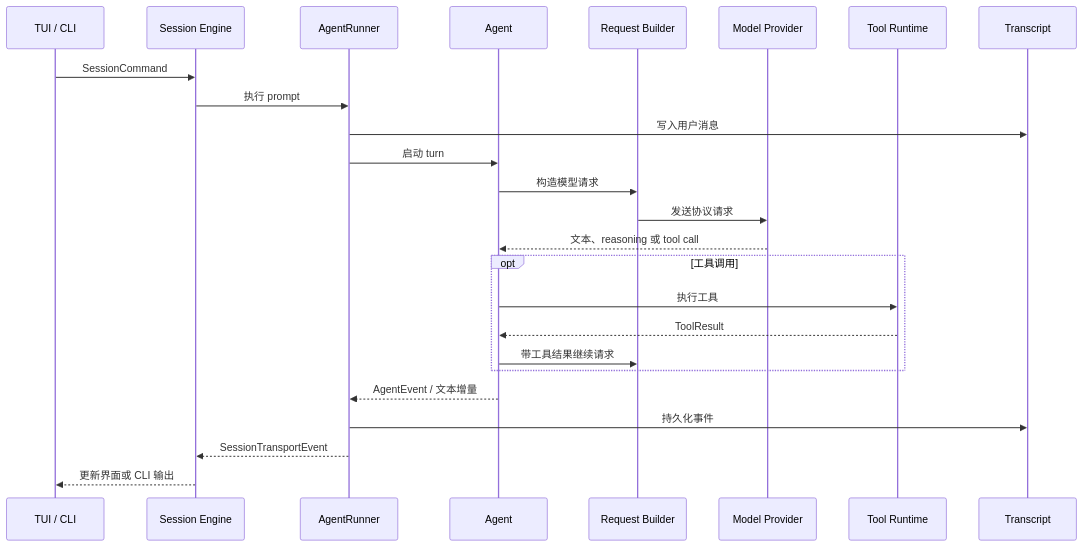
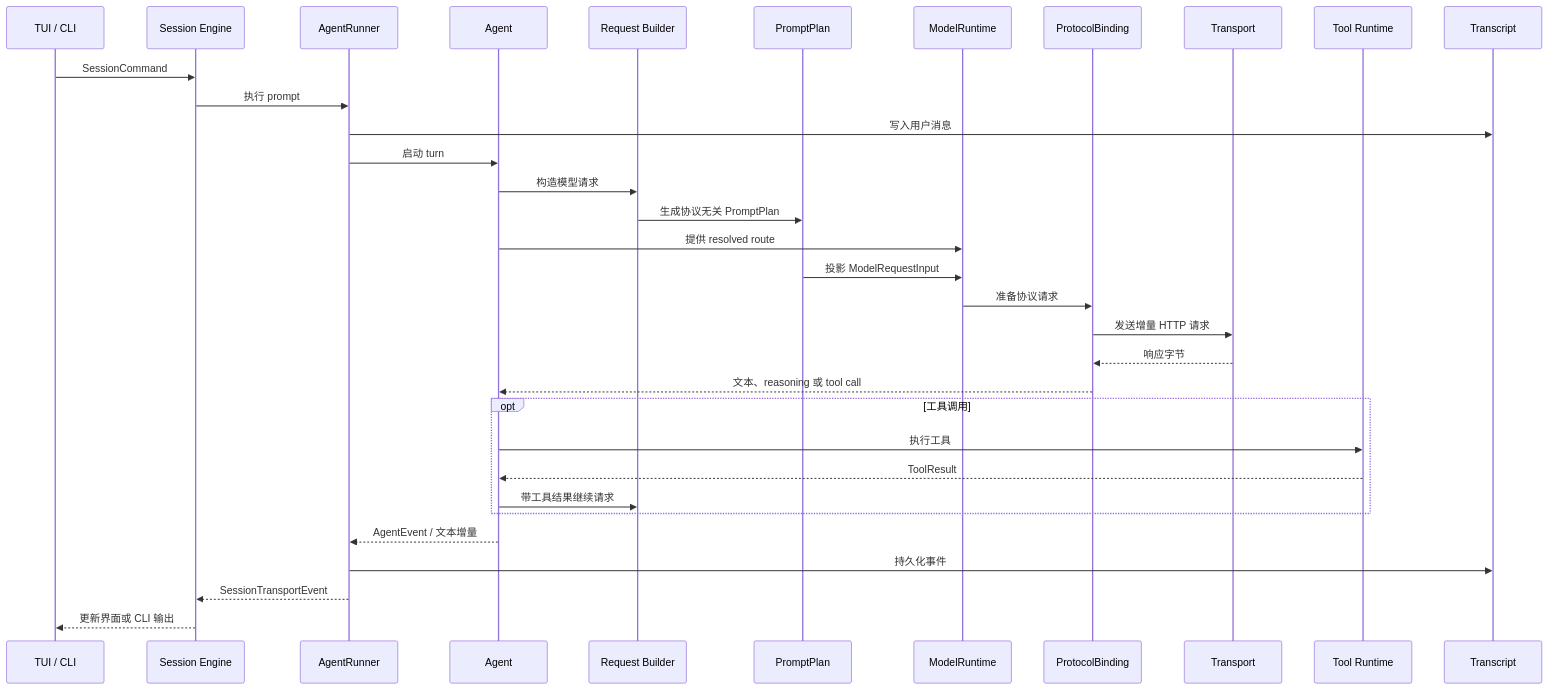
The second of 2 diagrams in docs/index.md (letr007/letcode), drawn with Mermaid before and after one commit. The commit also changed other lines of this file and 69 other files, not shown here.

Commit message:
refactor(runtime): replace provider SDK with typed model runtime

````diff
--- a/docs/index.md
+++ b/docs/index.md
@@ -82,30 +91,38 @@
 ```mermaid
 sequenceDiagram
     participant UI as TUI / CLI
     participant Session as Session Engine
     participant Runner as AgentRunner
     participant Agent as Agent
     participant Request as Request Builder
-    participant Provider as Model Provider
+    participant Plan as PromptPlan
+    participant Runtime as ModelRuntime
+    participant Binding as ProtocolBinding
+    participant Transport as Transport
     participant Tool as Tool Runtime
     participant Transcript as Transcript
 
     UI->>Session: SessionCommand
     Session->>Runner: 执行 prompt
     Runner->>Transcript: 写入用户消息
     Runner->>Agent: 启动 turn
     Agent->>Request: 构造模型请求
-    Request->>Provider: 发送协议请求
-    Provider-->>Agent: 文本、reasoning 或 tool call
+    Request->>Plan: 生成协议无关 PromptPlan
+    Agent->>Runtime: 提供 resolved route
+    Plan->>Runtime: 投影 ModelRequestInput
+    Runtime->>Binding: 准备协议请求
+    Binding->>Transport: 发送增量 HTTP 请求
+    Transport-->>Binding: 响应字节
+    Binding-->>Agent: 文本、reasoning 或 tool call
 
     opt 工具调用
         Agent->>Tool: 执行工具
         Tool-->>Agent: ToolResult
         Agent->>Request: 带工具结果继续请求
     end
 
     Agent-->>Runner: AgentEvent / 文本增量
     Runner->>Transcript: 持久化事件
     Runner-->>Session: SessionTransportEvent
     Session-->>UI: 更新界面或 CLI 输出
 ```
````
